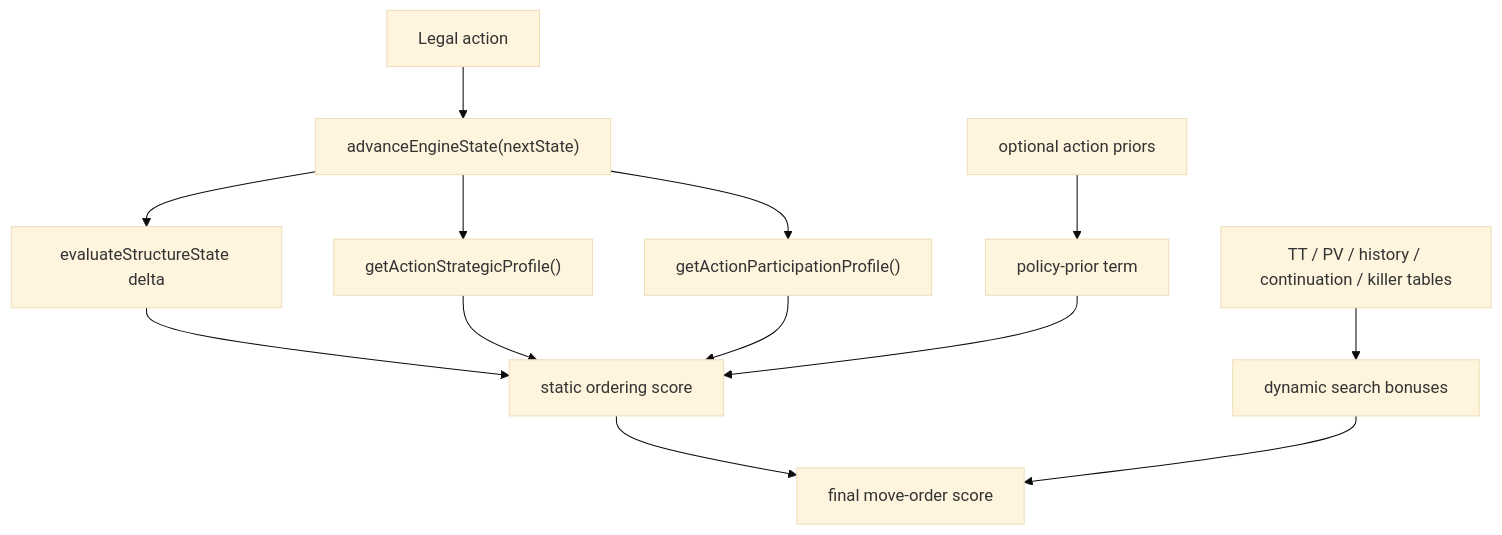
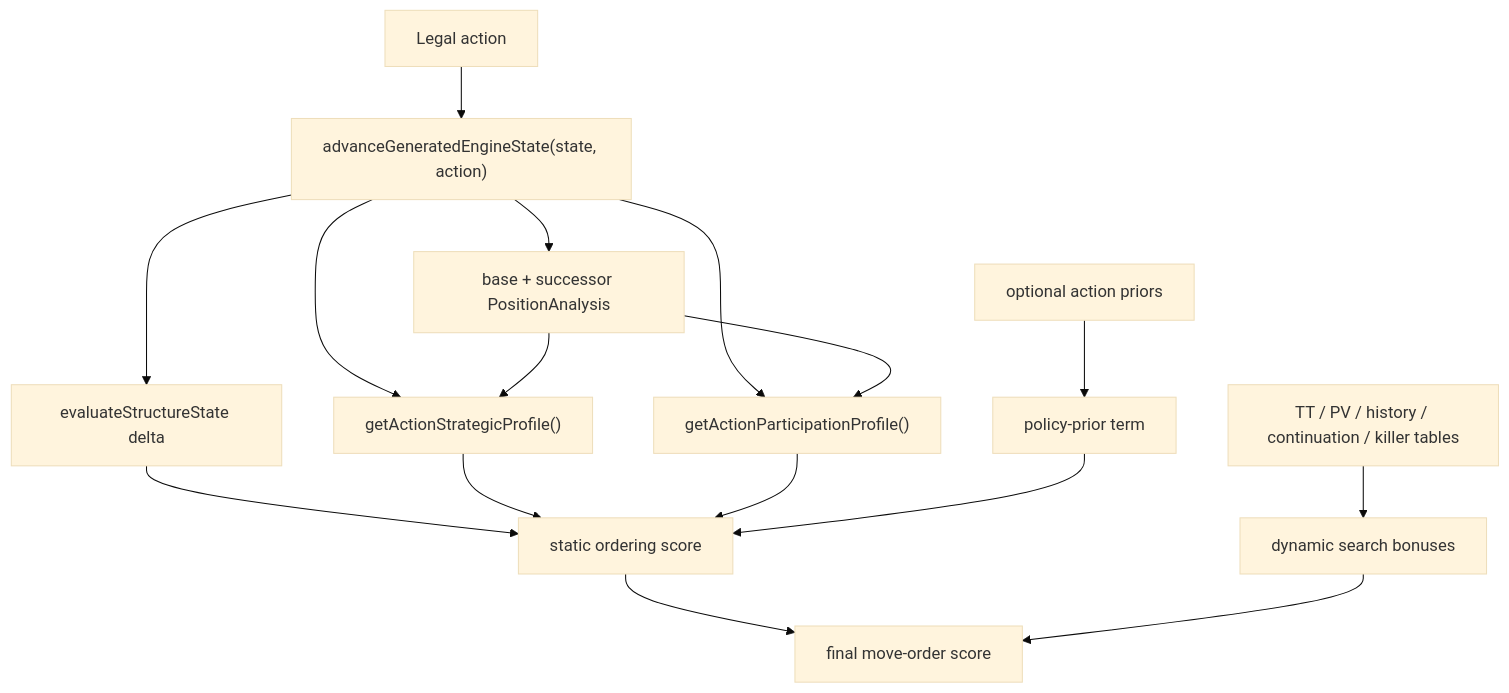
Before and after one commit to kstroevsky/youi-checkers: the third of 5 diagrams in src/ai/README.md, drawn with Mermaid (base theme). The commit also changed other lines of this file and 8 other files, not shown here.

````diff
--- a/src/ai/README.md
+++ b/src/ai/README.md
@@ -237,15 +246,18 @@
 ```mermaid
 flowchart TD
-  Action["Legal action"] --> Next["advanceEngineState(nextState)"]
+  Action["Legal action"] --> Next["advanceGeneratedEngineState(state, action)"]
+  Next --> Analysis["base + successor PositionAnalysis"]
   Next --> Struct["evaluateStructureState delta"]
   Next --> Strat["getActionStrategicProfile()"]
   Next --> Part["getActionParticipationProfile()"]
   Guidance["optional action priors"] --> Prior["policy-prior term"]
   Tables["TT / PV / history / continuation / killer tables"] --> Dynamic["dynamic search bonuses"]
   Struct --> Static["static ordering score"]
   Strat --> Static
   Part --> Static
+  Analysis --> Strat
+  Analysis --> Part
   Prior --> Static
   Static --> Final["final move-order score"]
   Dynamic --> Final
 ```
````
